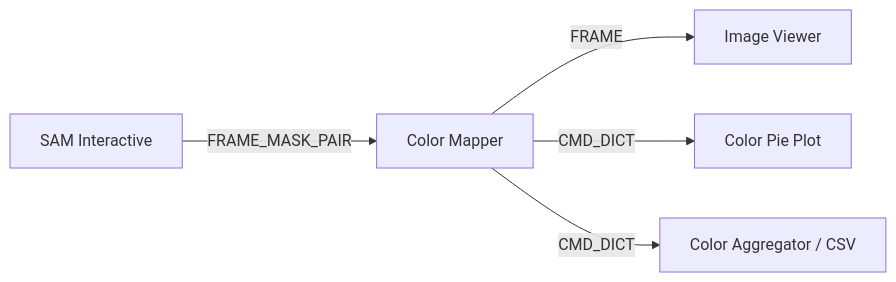
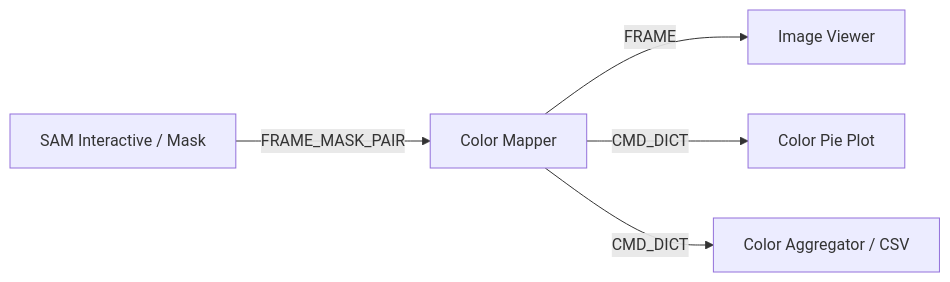
One commit to n3odym3/Pipeline_creator_TARA changed the diagram in modules/computer_vision/color_mapper/color_mapper.md. Above: the diagram before and after it, drawn with Mermaid. The commit also changed other lines of this file and 2 other files, not shown here.

Commit message:
Refactoring and optimization of the color mapper

````diff
--- a/modules/computer_vision/color_mapper/color_mapper.md
+++ b/modules/computer_vision/color_mapper/color_mapper.md
@@ -39,7 +58,7 @@
 ```mermaid
 graph LR
-    SAM[SAM Interactive] -->|FRAME_MASK_PAIR| Mapper[Color Mapper]
+    SAM[SAM Interactive / Mask] -->|FRAME_MASK_PAIR| Mapper[Color Mapper]
     Mapper -->|FRAME| Viewer[Image Viewer]
     Mapper -->|CMD_DICT| Pie[Color Pie Plot]
     Mapper -->|CMD_DICT| Aggregator[Color Aggregator / CSV]
 ```
````
